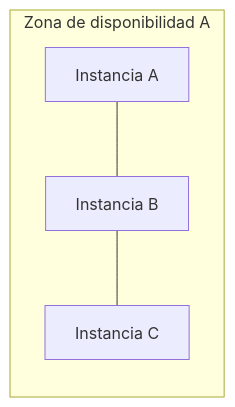
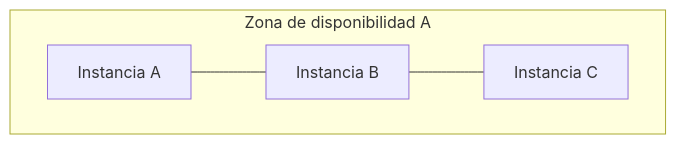
One commit to Rosten1805/aws-notes changed the fourth of 8 diagrams in 7. EC2 Avanzado.md. Above: the diagram before and after it, drawn with Mermaid. The commit also changed other lines of this file, not shown here.

First line of the commit message:
Corrige orientación de subgrafos Mermaid en Placement Groups

````diff
--- a/7. EC2 Avanzado.md
+++ b/7. EC2 Avanzado.md
@@ -546,6 +546,7 @@
 ```mermaid
 flowchart LR
     subgraph AZA["Zona de disponibilidad A"]
+        direction LR
         A1[Instancia A] --- A2[Instancia B] --- A3[Instancia C]
     end
 ```
````
